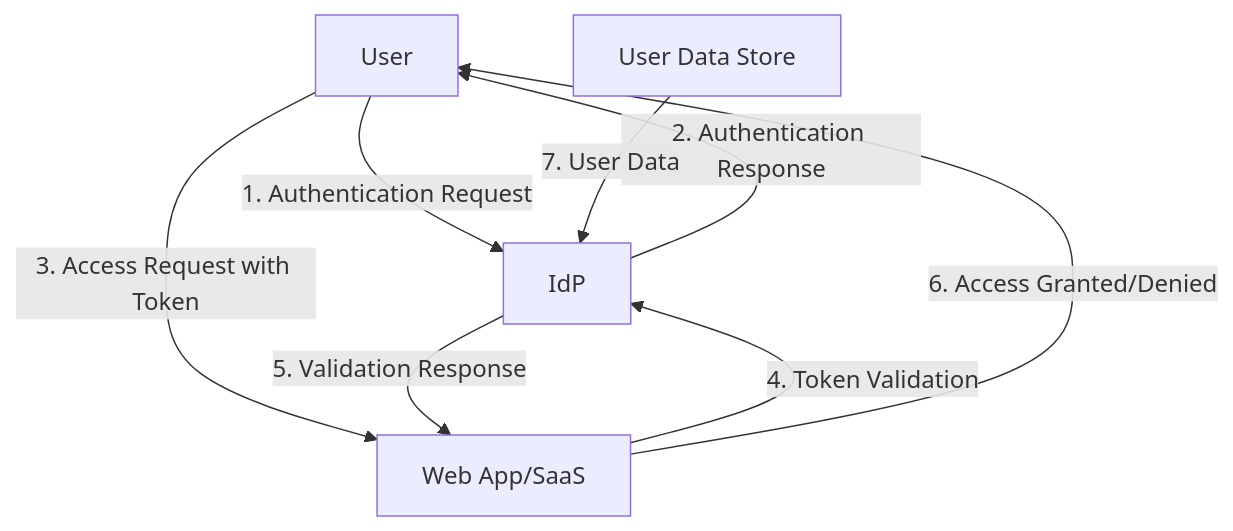
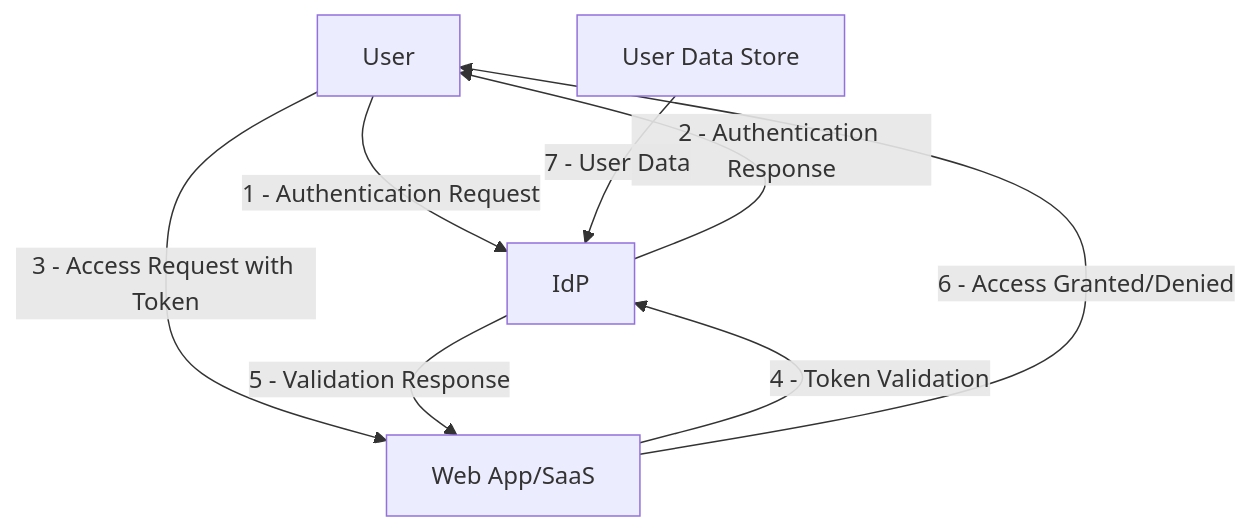
One commit to neoalienson/architect_library changed the eighth of 8 diagrams in design_patterns/security/sso.md. Above: the diagram before and after it, drawn with Mermaid. The commit also changed other lines of this file and 1 other file, not shown here.

````diff
--- a/design_patterns/security/sso.md
+++ b/design_patterns/security/sso.md
@@ -165,10 +165,10 @@
 ```mermaid
 graph TD
-    User[User] -->|1. Authentication Request| IdP[IdP]
-    IdP -->|2. Authentication Response| User
-    User -->|3. Access Request with Token| App[Web App/SaaS]
-    App -->|4. Token Validation| IdP
-    IdP -->|5. Validation Response| App
-    App -->|6. Access Granted/Denied| User
-    DataStore[User Data Store] -->|7. User Data| IdP
+    User[User] -->|1 - Authentication Request| IdP[IdP]
+    IdP -->|2 - Authentication Response| User
+    User -->|3 - Access Request with Token| App[Web App/SaaS]
+    App -->|4 - Token Validation| IdP
+    IdP -->|5 - Validation Response| App
+    App -->|6 - Access Granted/Denied| User
+    DataStore[User Data Store] -->|7 - User Data| IdP
 ```
````
